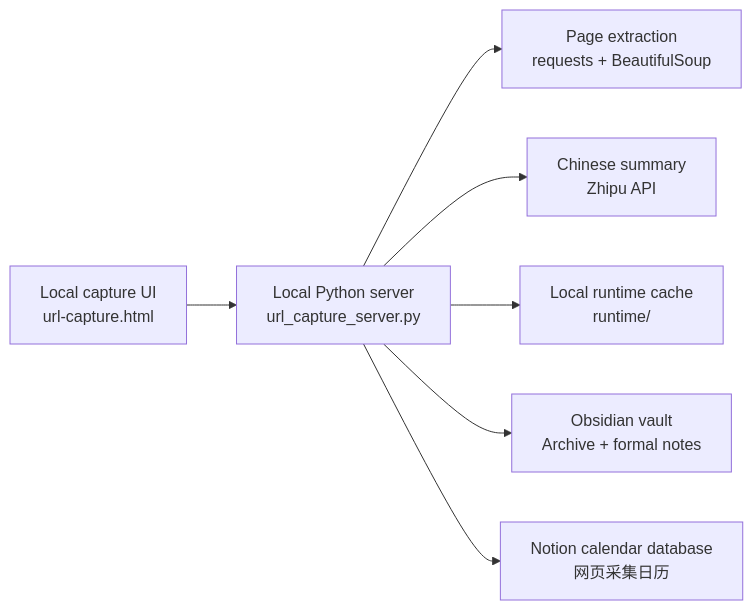
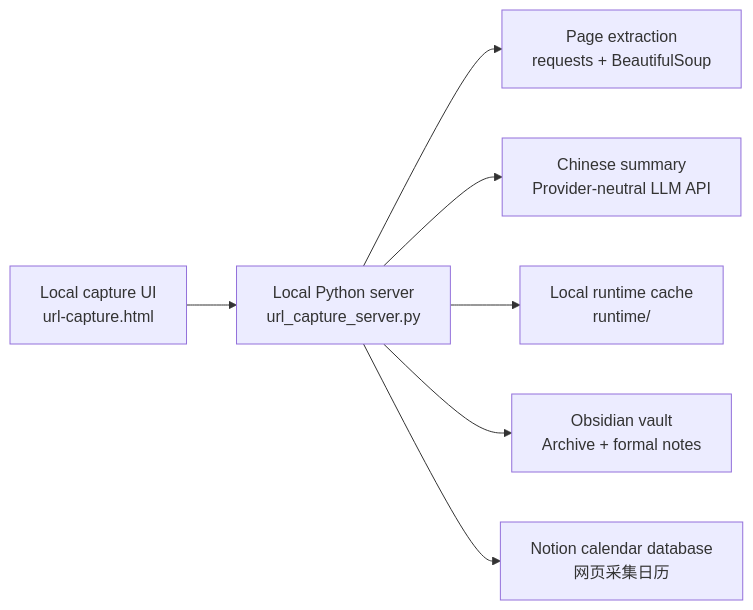
The diagram in docs/architecture.md (dongyongxue-collab/vault-capture), drawn with Mermaid before and after one commit. The commit also changed other lines of this file and 6 other files, not shown here.

Commit message:
Generalize summary API provider

````diff
--- a/docs/architecture.md
+++ b/docs/architecture.md
@@ -5,17 +7,17 @@
 ```mermaid
 flowchart LR
     Browser["Local capture UI<br/>url-capture.html"]
     Server["Local Python server<br/>url_capture_server.py"]
     Extractor["Page extraction<br/>requests + BeautifulSoup"]
-    Summarizer["Chinese summary<br/>Zhipu API"]
+    Summarizer["Chinese summary<br/>Provider-neutral LLM API"]
     Runtime["Local runtime cache<br/>runtime/"]
     Obsidian["Obsidian vault<br/>Archive + formal notes"]
     Notion["Notion calendar database<br/>网页采集日历"]
 
     Browser --> Server
     Server --> Extractor
     Server --> Summarizer
     Server --> Runtime
     Server --> Obsidian
     Server --> Notion
 ```
````
